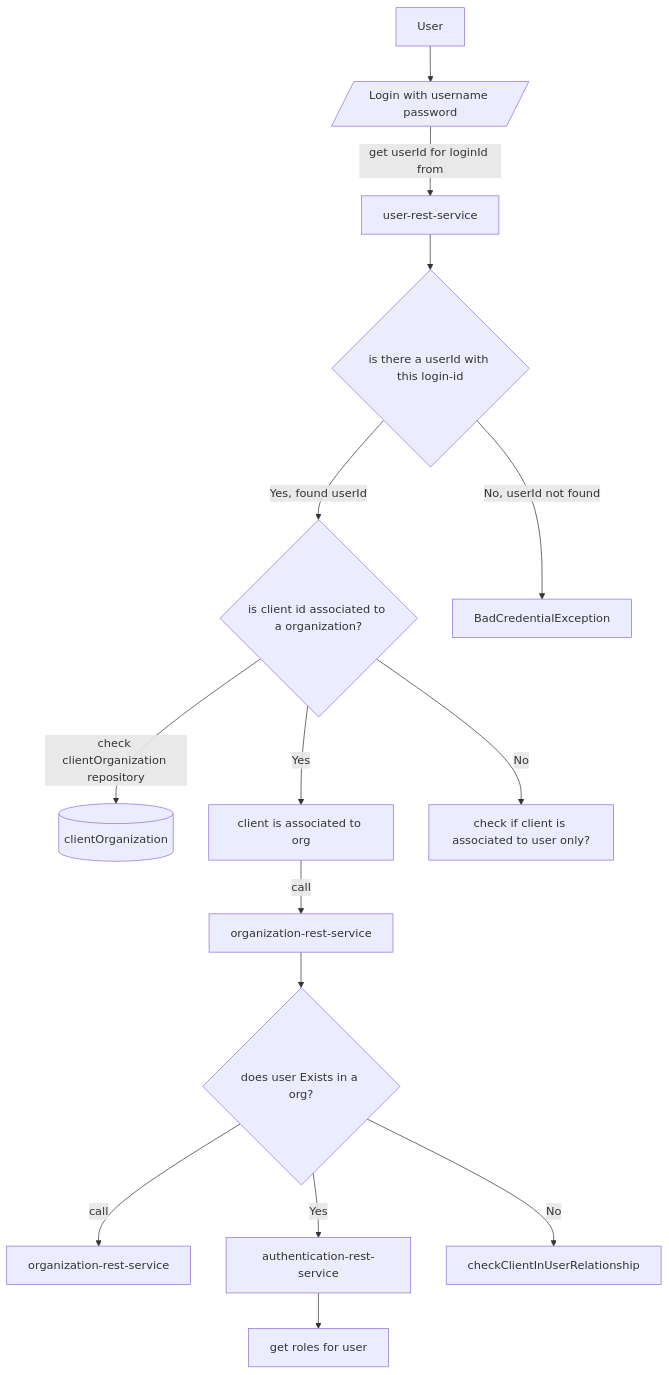
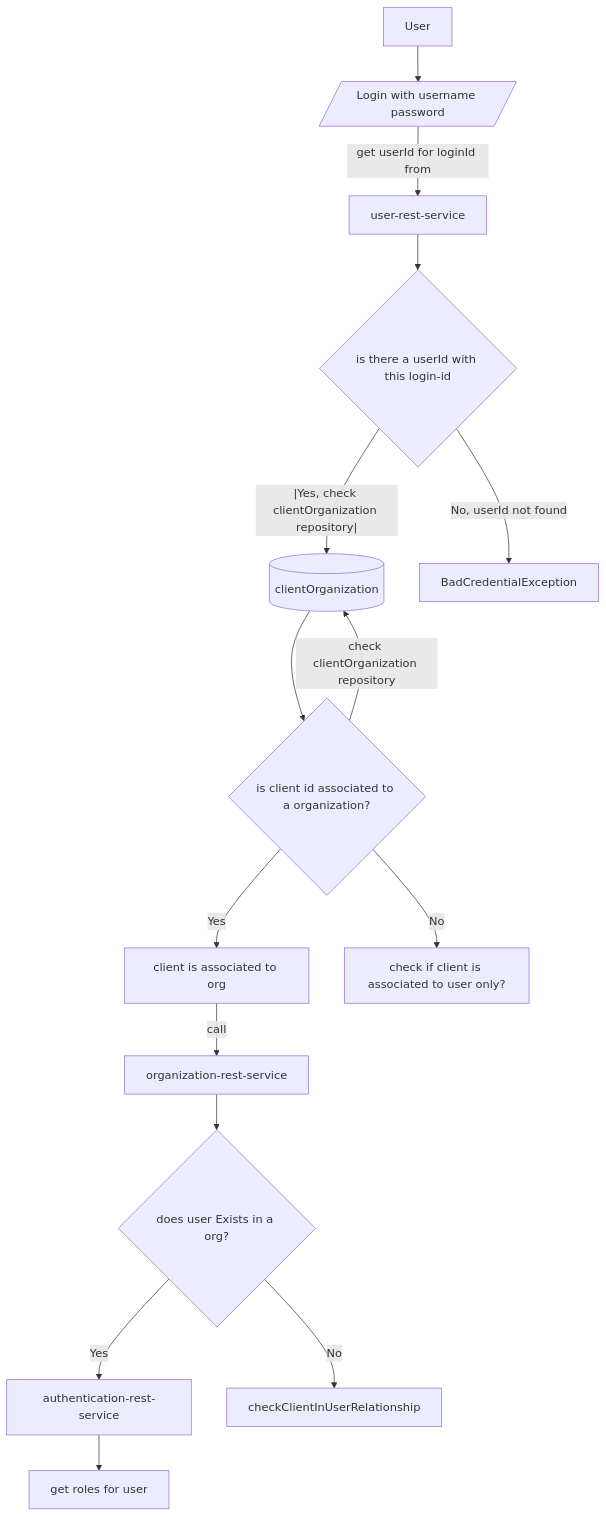
Before and after one commit to sonamsamdupkhangsar/spring-authorization-serve: the diagram in README.md, drawn with Mermaid.

````diff
--- a/README.md
+++ b/README.md
@@ -35,21 +35,21 @@
 ```mermaid
 flowchart TD
  User -->login[/Login with username password/]
  login --get userId for loginId from--> userRestService["user-rest-service"]
  userRestService --> getUserId{is there a userId with this login-id}
- getUserId -->|Yes, found userId|checkClientInOrg{is client id associated to a organization?}
+ getUserId--|Yes, check clientOrganization repository|--> clientOrganizationRepo[(clientOrganization)]
+ clientOrganizationRepo -->checkClientInOrg{is client id associated to a organization?}
  getUserId -->|No, userId not found|returnError[BadCredentialException]
  checkClientInOrg --check clientOrganization repository--> clientOrganizationRepo[(clientOrganization)]
  
  checkClientInOrg -->|Yes|clientIsInOrg[client is associated to org]
  checkClientInOrg -->|No|checkClientUserRelationship["check if client is associated to user only?"]
  clientIsInOrg --call--> orgRestService["organization-rest-service"]
- orgRestService --> checkUserExistsInOrg{does user Exists in a org?}
- checkUserExistsInOrg --call--> organizationRestService["organization-rest-service"]
+ orgRestService --> checkUserExistsInOrg{does user Exists in a org?} 
  checkUserExistsInOrg -->|Yes|authenticate["authentication-rest-service"]
  
  checkUserExistsInOrg -->|No| checkClientInUserRelationship 
  
  authenticate --> getRoles[get roles for user]
  
 ```
````
